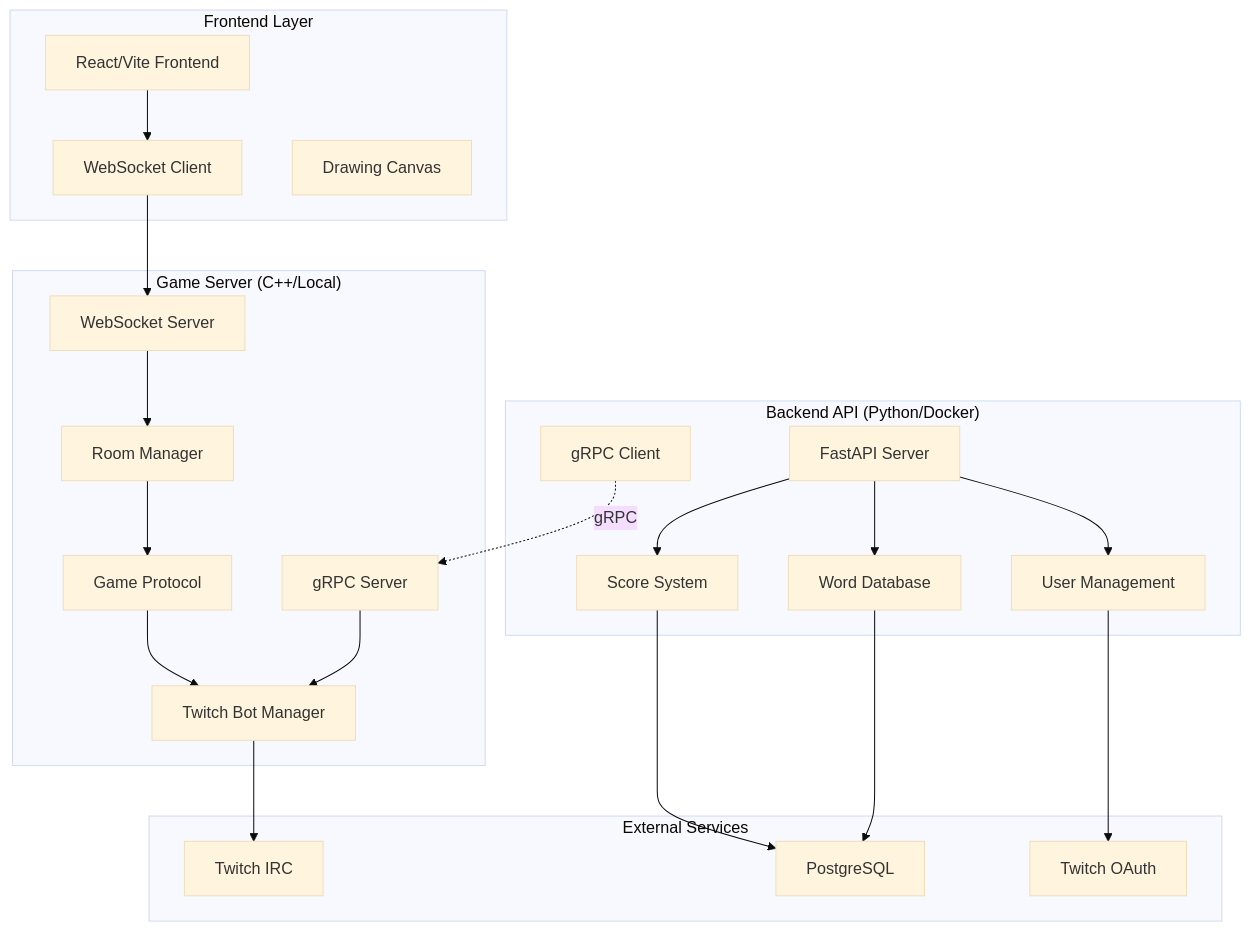
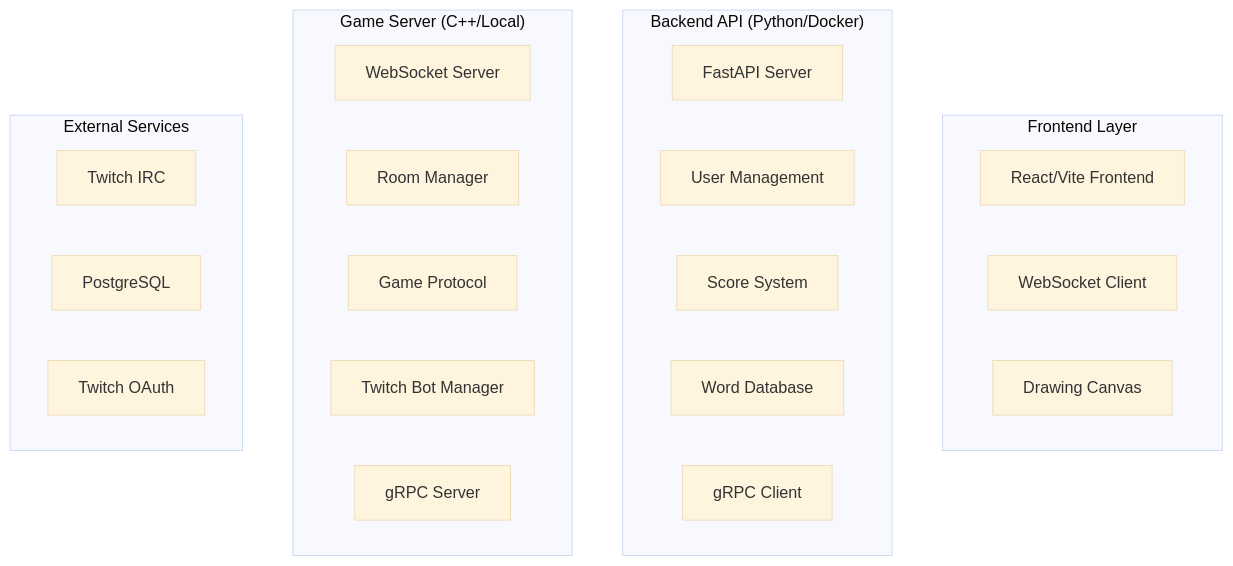
Before and after one commit to B00147423/GuessIO: the diagram in README.md, drawn with Mermaid (base theme). The commit also changed other lines of this file, not shown here.

Commit message:
Revise Technology Stack section in README.md
Removed outdated diagram and updated section header.

````diff
--- a/README.md
+++ b/README.md
@@ -42,45 +42,30 @@
 ```mermaid
 graph TB
     subgraph "Frontend Layer"
         A[React/Vite Frontend]
         B[WebSocket Client]
         C[Drawing Canvas]
     end
     
     subgraph "Backend API (Python/Docker)"
         H[FastAPI Server]
         I[User Management]
         J[Score System]
         K[Word Database]
         L[gRPC Client]
     end
     
     subgraph "Game Server (C++/Local)"
         D[WebSocket Server]
         E[Room Manager]
         F[Game Protocol]
         G[Twitch Bot Manager]
         M[gRPC Server]
     end
     
     subgraph "External Services"
         N[Twitch IRC]
         O[PostgreSQL]
         P[Twitch OAuth]
     end
-    
-    A --> B
-    B --> D
-    D --> E
-    E --> F
-    F --> G
-    G --> N
-    H --> I
-    H --> J
-    H --> K
-    I --> P
-    J --> O
-    K --> O
-    L -.->|gRPC| M
-    M --> G
 ```
````
